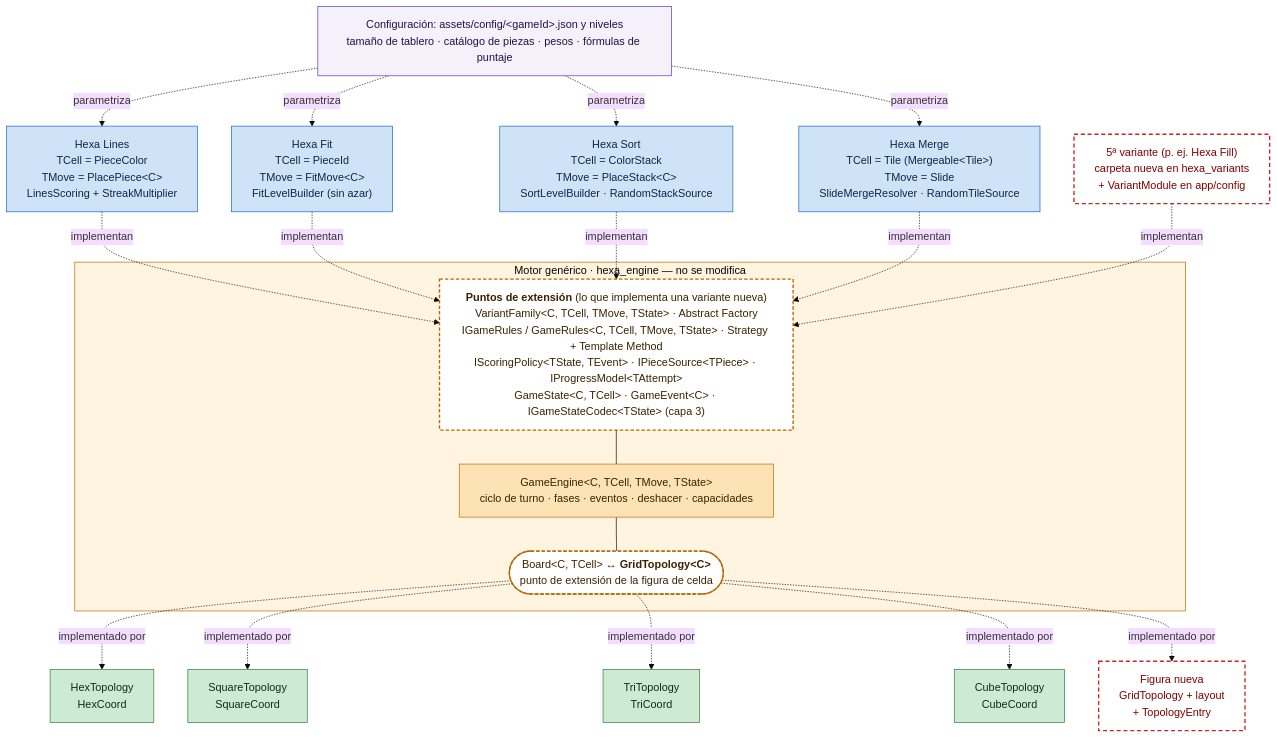
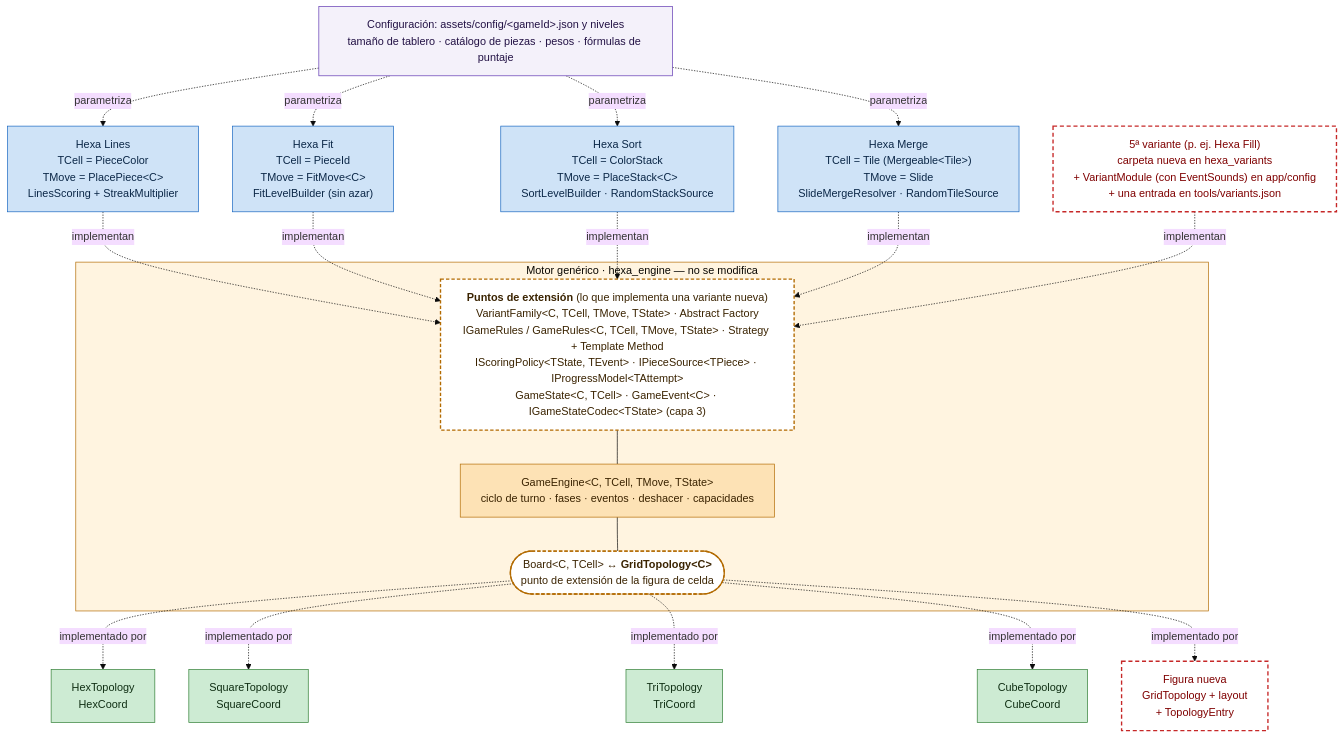
The diagram in docs/diagrams/extensibilidad.mmd (DanielHaro28/hexablock-app), drawn with Mermaid (base theme) before and after one commit. The commit also changed 12 other files, not shown here.

First line of the commit message:
docs(extensibility): list every change of a fifth variant and register variants once for the tools (#163)

```diff
--- a/docs/diagrams/extensibilidad.mmd
+++ b/docs/diagrams/extensibilidad.mmd
@@ -1,41 +1,41 @@
 %% Diagrama de extensibilidad de hexablock-app (enunciado §4.3). Acompaña a docs/EXTENSIBILITY.md. Imagen: extensibilidad.png
 %%{init: {"flowchart": {"wrappingWidth": 460}}}%%
 flowchart TB
     CFG["Configuración: assets/config/&lt;gameId&gt;.json y niveles<br/>tamaño de tablero · catálogo de piezas · pesos · fórmulas de puntaje"]
 
     HL["Hexa Lines<br/>TCell = PieceColor<br/>TMove = PlacePiece&lt;C&gt;<br/>LinesScoring + StreakMultiplier"]
     HF["Hexa Fit<br/>TCell = PieceId<br/>TMove = FitMove&lt;C&gt;<br/>FitLevelBuilder (sin azar)"]
     HS["Hexa Sort<br/>TCell = ColorStack<br/>TMove = PlaceStack&lt;C&gt;<br/>SortLevelBuilder · RandomStackSource"]
     HM["Hexa Merge<br/>TCell = Tile (Mergeable&lt;Tile&gt;)<br/>TMove = Slide<br/>SlideMergeResolver · RandomTileSource"]
-    H5["5ª variante (p. ej. Hexa Fill)<br/>carpeta nueva en hexa_variants<br/>+ VariantModule en app/config"]
+    H5["5ª variante (p. ej. Hexa Fill)<br/>carpeta nueva en hexa_variants<br/>+ VariantModule (con EventSounds) en app/config<br/>+ una entrada en tools/variants.json"]
 
     subgraph CORE["Motor genérico · hexa_engine — no se modifica"]
         EXT["<b>Puntos de extensión</b> (lo que implementa una variante nueva)<br/>VariantFamily&lt;C, TCell, TMove, TState&gt; · Abstract Factory<br/>IGameRules / GameRules&lt;C, TCell, TMove, TState&gt; · Strategy + Template Method<br/>IScoringPolicy&lt;TState, TEvent&gt; · IPieceSource&lt;TPiece&gt; · IProgressModel&lt;TAttempt&gt;<br/>GameState&lt;C, TCell&gt; · GameEvent&lt;C&gt; · IGameStateCodec&lt;TState&gt; (capa 3)"]
         ENG["GameEngine&lt;C, TCell, TMove, TState&gt;<br/>ciclo de turno · fases · eventos · deshacer · capacidades"]
         BRD(["Board&lt;C, TCell&gt; ↔ <b>GridTopology&lt;C&gt;</b><br/>punto de extensión de la figura de celda"])
         EXT --- ENG --- BRD
     end
 
     T1["HexTopology<br/>HexCoord"]
     T2["SquareTopology<br/>SquareCoord"]
     T3["TriTopology<br/>TriCoord"]
     T4["CubeTopology<br/>CubeCoord"]
     T5["Figura nueva<br/>GridTopology + layout<br/>+ TopologyEntry"]
 
     CFG -. parametriza .-> HL & HF & HS & HM
     HL & HF & HS & HM & H5 -. implementan .-> EXT
     BRD -. implementado por .-> T1 & T2 & T3 & T4 & T5
 
     classDef core fill:#FDE2B5,stroke:#B26A00,color:#3A2300
     classDef point fill:#FFFFFF,stroke:#B26A00,stroke-width:2px,stroke-dasharray:5 3,color:#3A2300
     classDef variant fill:#CFE3F7,stroke:#1565C0,color:#0B2747
     classDef topo fill:#CDEBD3,stroke:#2E7D32,color:#0F2E13
     classDef future fill:#FFFFFF,stroke:#C62828,stroke-width:2px,stroke-dasharray:6 4,color:#7F0000
     classDef cfg fill:#F4F1FA,stroke:#5E35B1,color:#221144
     class ENG core
     class EXT,BRD point
     class HL,HF,HS,HM variant
     class T1,T2,T3,T4 topo
     class H5,T5 future
     class CFG cfg
     style CORE fill:#FFF4E0,stroke:#B26A00
```
